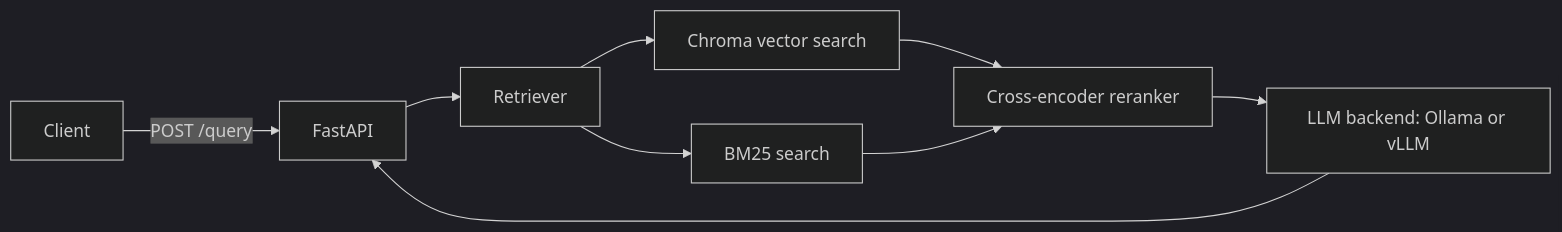
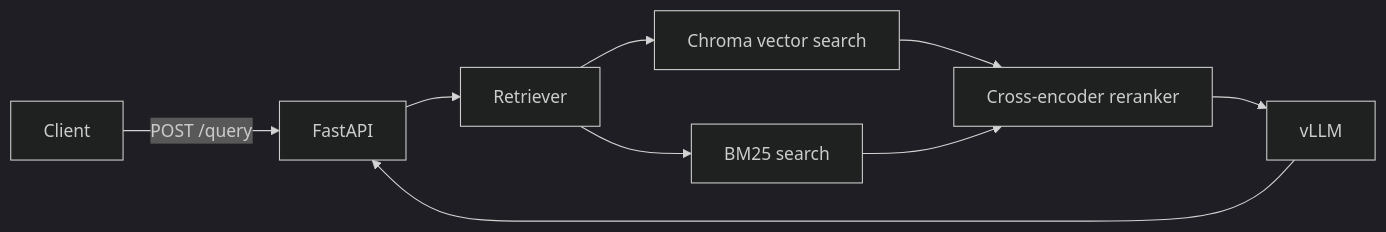
One commit to bomin0624/ollama-rag-webapp changed the diagram in README.md. Above: the diagram before and after it, drawn with Mermaid (dark theme). The commit also changed other lines of this file and 13 other files, not shown here.

````diff
--- a/README.md
+++ b/README.md
@@ -11,11 +10,11 @@
 ```mermaid
 flowchart LR
     Client -->|POST /query| API[FastAPI]
     API --> Retriever
     Retriever --> Vector[Chroma vector search]
     Retriever --> BM25[BM25 search]
     Vector --> Reranker[Cross-encoder reranker]
     BM25 --> Reranker
-    Reranker --> LLM[LLM backend: Ollama or vLLM]
+    Reranker --> LLM[vLLM]
     LLM --> API
 ```
````
